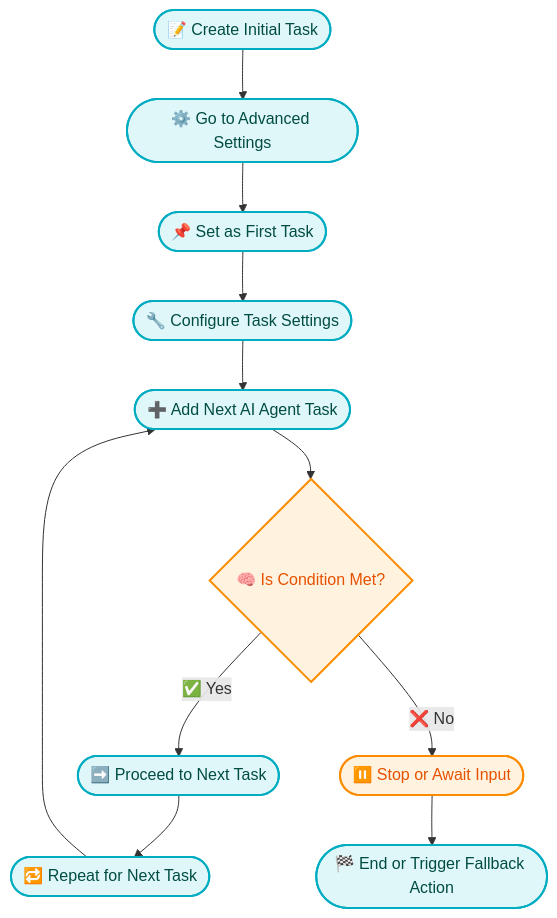
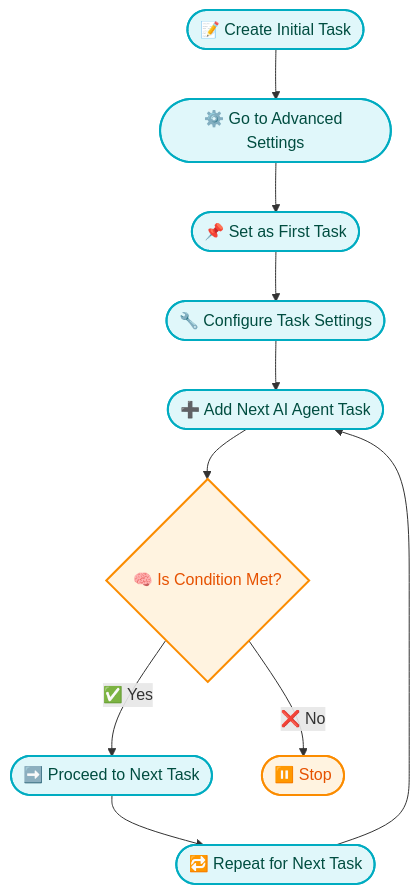
Before and after one commit to connexcs/docs: the diagram in docs/class5/ai-agent.md, drawn with Mermaid. The commit also changed other lines of this file, not shown here.

````diff
--- a/docs/class5/ai-agent.md
+++ b/docs/class5/ai-agent.md
@@ -156,22 +156,20 @@
     ```mermaid
     flowchart TB
     A([📝 Create Initial Task]) --> B([⚙️ Go to Advanced Settings])
     B --> C([📌 Set as First Task])
     C --> D([🔧 Configure Task Settings])
     D --> E([➕ Add Next AI Agent Task])
     E --> F{🧠 Is Condition Met?}
 
     F -- ✅ Yes --> G([➡️ Proceed to Next Task])
-    F -- ❌ No --> H([⏸️ Stop or Await Input])
+    F -- ❌ No --> H([⏸️ Stop])
 
     G --> I([🔁 Repeat for Next Task])
     I --> E
-
-    H --> Z([🏁 End or Trigger Fallback Action])
 
     %% Styling
     classDef step fill:#E0F7FA,stroke:#00ACC1,stroke-width:2px,color:#004D40;
     classDef decision fill:#FFF3E0,stroke:#FB8C00,stroke-width:2px,color:#E65100;
     class A,B,C,D,E,G,I,Z step;
     class F,H decision;
     ```
````
